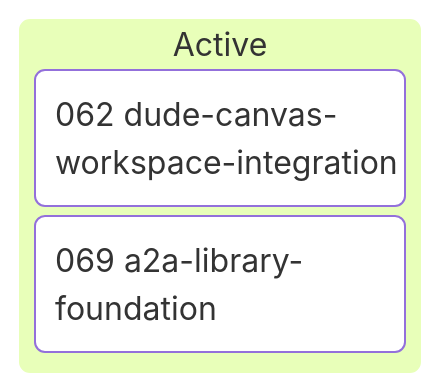
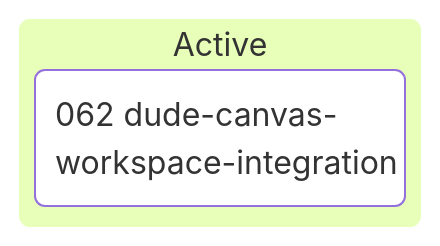
Before and after one commit to E-G-C/dude: the diagram in .dude/backlog.md, drawn with Mermaid. The commit also changed other lines of this file and 21 other files, not shown here.

````diff
--- a/.dude/backlog.md
+++ b/.dude/backlog.md
@@ -24,6 +23,5 @@
 ```mermaid
 kanban
   active[Active]
     work_1[062 dude-canvas-workspace-integration]
-    work_2[069 a2a-library-foundation]
 ```
````
